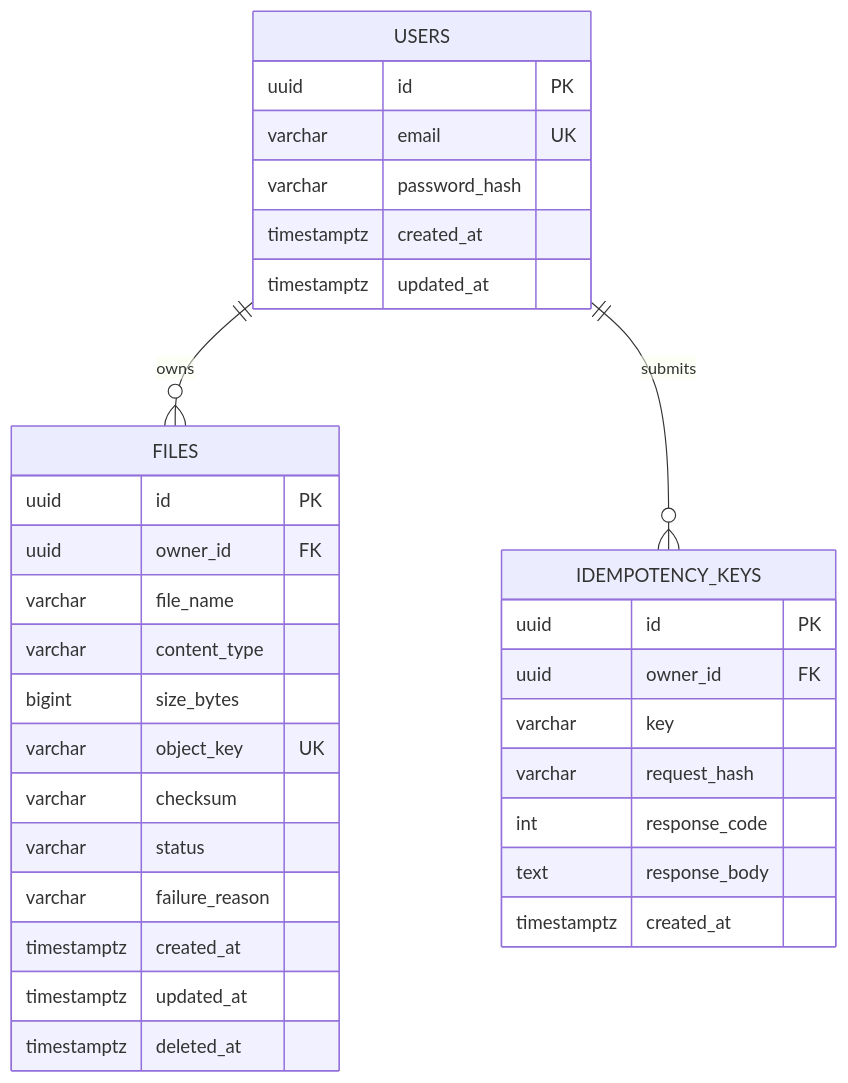
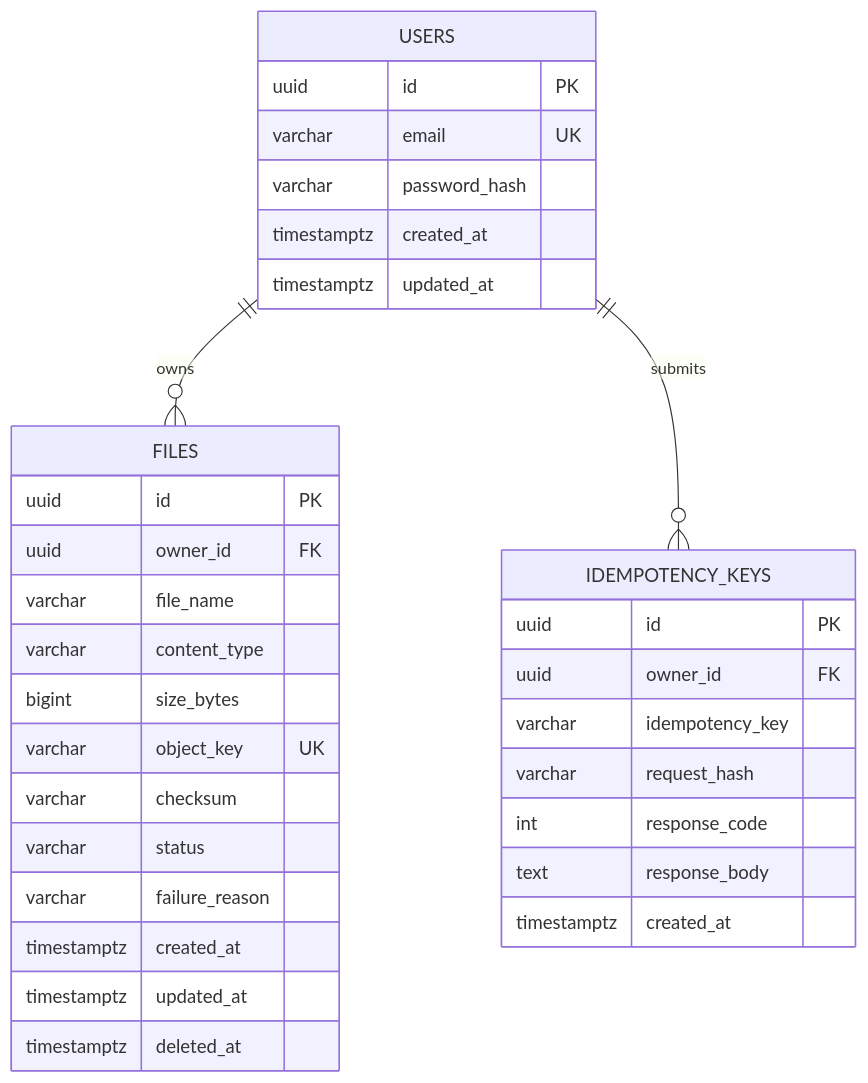
One commit to jcpineda23/filestore-design-lab changed the diagram in docs/contracts/erd.md. Above: the diagram before and after it, drawn with Mermaid. The commit also changed other lines of this file and 44 other files, not shown here.

````diff
--- a/docs/contracts/erd.md
+++ b/docs/contracts/erd.md
@@ -3,38 +3,38 @@
 ```mermaid
 erDiagram
     USERS ||--o{ FILES : owns
     USERS ||--o{ IDEMPOTENCY_KEYS : submits
 
     USERS {
       uuid id PK
       varchar email UK
       varchar password_hash
       timestamptz created_at
       timestamptz updated_at
     }
 
     FILES {
       uuid id PK
       uuid owner_id FK
       varchar file_name
       varchar content_type
       bigint size_bytes
       varchar object_key UK
       varchar checksum
       varchar status
       varchar failure_reason
       timestamptz created_at
       timestamptz updated_at
       timestamptz deleted_at
     }
 
     IDEMPOTENCY_KEYS {
       uuid id PK
       uuid owner_id FK
-      varchar key
+      varchar idempotency_key
       varchar request_hash
       int response_code
       text response_body
       timestamptz created_at
     }
 ```
````
